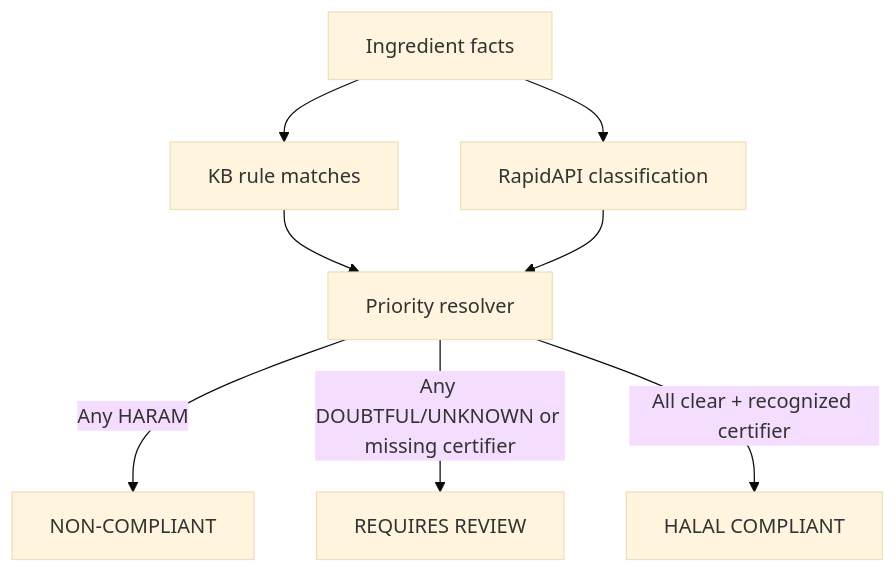
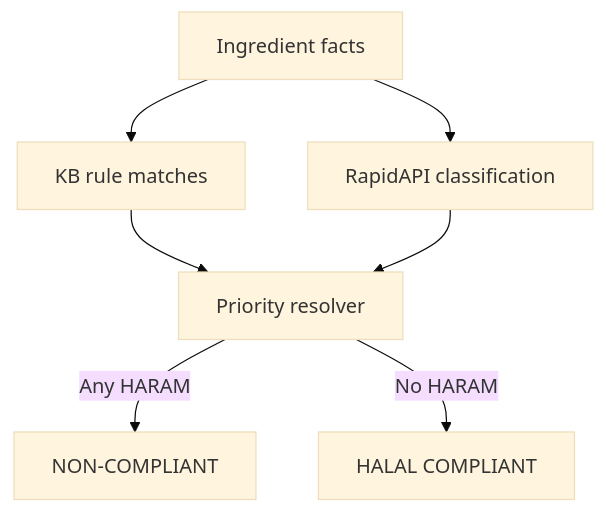
Before and after one commit to Gabbu69/HalalScan: the second of 2 diagrams in TECHNICAL_REPORT.md, drawn with Mermaid (base theme). The commit also changed other lines of this file and 30 other files, not shown here.

Commit message:
polish binary verdict demo flow

````diff
--- a/TECHNICAL_REPORT.md
+++ b/TECHNICAL_REPORT.md
@@ -28,10 +28,9 @@
 ```mermaid
 flowchart TD
   A[Ingredient facts] --> B[KB rule matches]
   A --> C[RapidAPI classification]
   B --> D[Priority resolver]
   C --> D
   D -->|Any HARAM| N[NON-COMPLIANT]
-  D -->|Any DOUBTFUL/UNKNOWN or missing certifier| R[REQUIRES REVIEW]
-  D -->|All clear + recognized certifier| H[HALAL COMPLIANT]
+  D -->|No HARAM| H[HALAL COMPLIANT]
 ```
````
